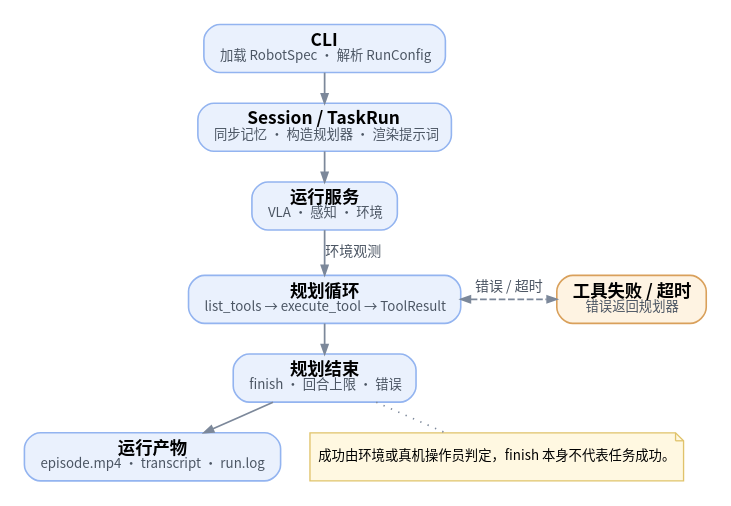
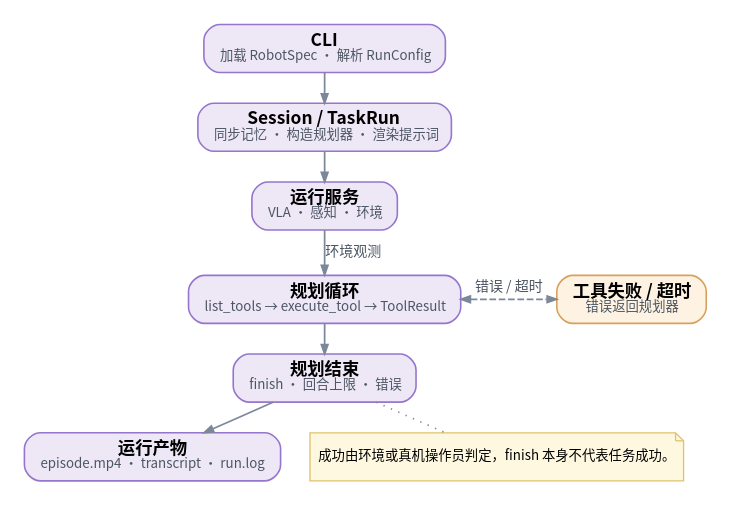
One commit to qurakchin/RPent changed the diagram in docs/_diagrams/execution-flow-zh.dot. Above: the diagram before and after it, drawn with Graphviz. The commit also changed 91 other files, not shown here.

```diff
--- a/docs/_diagrams/execution-flow-zh.dot
+++ b/docs/_diagrams/execution-flow-zh.dot
@@ -1,29 +1,29 @@
 digraph flow {
   graph [rankdir=TB, splines=spline, nodesep=0.30, ranksep=0.30, pad=0.15,
          fontname="Hiragino Sans GB,Noto Sans CJK SC,sans-serif", bgcolor="white"];
   node [shape=box, style="rounded,filled", fontname="Hiragino Sans GB,Noto Sans CJK SC,sans-serif", fontsize=12,
-        margin="0.16,0.09", penwidth=1.2, fillcolor="#eaf1fd",
-        color="#93b4f0"];
+        margin="0.16,0.09", penwidth=1.2, fillcolor="#ede7f6",
+        color="#9575cd"];
   edge [color="#7c889a", penwidth=1.3, arrowsize=0.7, fontname="Hiragino Sans GB,Noto Sans CJK SC,sans-serif",
         fontsize=10.5, fontcolor="#4b5563"];
 
-  f_cli [label=<<FONT POINT-SIZE="13"><B>CLI</B></FONT><BR/><FONT POINT-SIZE="10" COLOR="#4b5563">加载 RobotSpec · 解析 RunConfig</FONT>>, fillcolor="#eaf1fd", color="#93b4f0"];
-  f_session [label=<<FONT POINT-SIZE="13"><B>Session / TaskRun</B></FONT><BR/><FONT POINT-SIZE="10" COLOR="#4b5563">同步记忆 · 构造规划器 · 渲染提示词</FONT>>, fillcolor="#eaf1fd", color="#93b4f0"];
-  f_services [label=<<FONT POINT-SIZE="13"><B>运行服务</B></FONT><BR/><FONT POINT-SIZE="10" COLOR="#4b5563">VLA · 感知 · 环境</FONT>>, fillcolor="#eaf1fd", color="#93b4f0"];
-  f_loop [label=<<FONT POINT-SIZE="13"><B>规划循环</B></FONT><BR/><FONT POINT-SIZE="10" COLOR="#4b5563">list_tools → execute_tool → ToolResult</FONT>>, fillcolor="#eaf1fd", color="#93b4f0"];
-  f_end [label=<<FONT POINT-SIZE="13"><B>规划结束</B></FONT><BR/><FONT POINT-SIZE="10" COLOR="#4b5563">finish · 回合上限 · 错误</FONT>>, fillcolor="#eaf1fd", color="#93b4f0"];
-  f_result [label=<<FONT POINT-SIZE="13"><B>运行产物</B></FONT><BR/><FONT POINT-SIZE="10" COLOR="#4b5563">episode.mp4 · transcript · run.log</FONT>>, fillcolor="#eaf1fd", color="#93b4f0"];
+  f_cli [label=<<FONT POINT-SIZE="13"><B>CLI</B></FONT><BR/><FONT POINT-SIZE="10" COLOR="#4b5563">加载 RobotSpec · 解析 RunConfig</FONT>>, fillcolor="#ede7f6", color="#9575cd"];
+  f_session [label=<<FONT POINT-SIZE="13"><B>Session / TaskRun</B></FONT><BR/><FONT POINT-SIZE="10" COLOR="#4b5563">同步记忆 · 构造规划器 · 渲染提示词</FONT>>, fillcolor="#ede7f6", color="#9575cd"];
+  f_services [label=<<FONT POINT-SIZE="13"><B>运行服务</B></FONT><BR/><FONT POINT-SIZE="10" COLOR="#4b5563">VLA · 感知 · 环境</FONT>>, fillcolor="#ede7f6", color="#9575cd"];
+  f_loop [label=<<FONT POINT-SIZE="13"><B>规划循环</B></FONT><BR/><FONT POINT-SIZE="10" COLOR="#4b5563">list_tools → execute_tool → ToolResult</FONT>>, fillcolor="#ede7f6", color="#9575cd"];
+  f_end [label=<<FONT POINT-SIZE="13"><B>规划结束</B></FONT><BR/><FONT POINT-SIZE="10" COLOR="#4b5563">finish · 回合上限 · 错误</FONT>>, fillcolor="#ede7f6", color="#9575cd"];
+  f_result [label=<<FONT POINT-SIZE="13"><B>运行产物</B></FONT><BR/><FONT POINT-SIZE="10" COLOR="#4b5563">episode.mp4 · transcript · run.log</FONT>>, fillcolor="#ede7f6", color="#9575cd"];
   f_cli -> f_session;
   f_session -> f_services;
   f_services -> f_loop [label="环境观测"];
   f_loop -> f_end;
   f_end -> f_result;
   {rank=same; f_loop; f_fail;}
   f_loop -> f_fail [dir=both, label="错误 / 超时", style=dashed,
                     constraint=false];
   f_note [label="成功由环境或真机操作员判定，finish 本身不代表任务成功。", shape=note, style="filled",
           fillcolor="#fff8e1", color="#e0c36b", fontsize=10, margin="0.12,0.08",
           penwidth=1.0];
   f_end -> f_note [style=dotted, arrowhead=none];
   f_fail [label=<<FONT POINT-SIZE="13"><B>工具失败 / 超时</B></FONT><BR/><FONT POINT-SIZE="10" COLOR="#4b5563">错误返回规划器</FONT>>, fillcolor="#fef3e2", color="#d9a05b"];
 }
```
